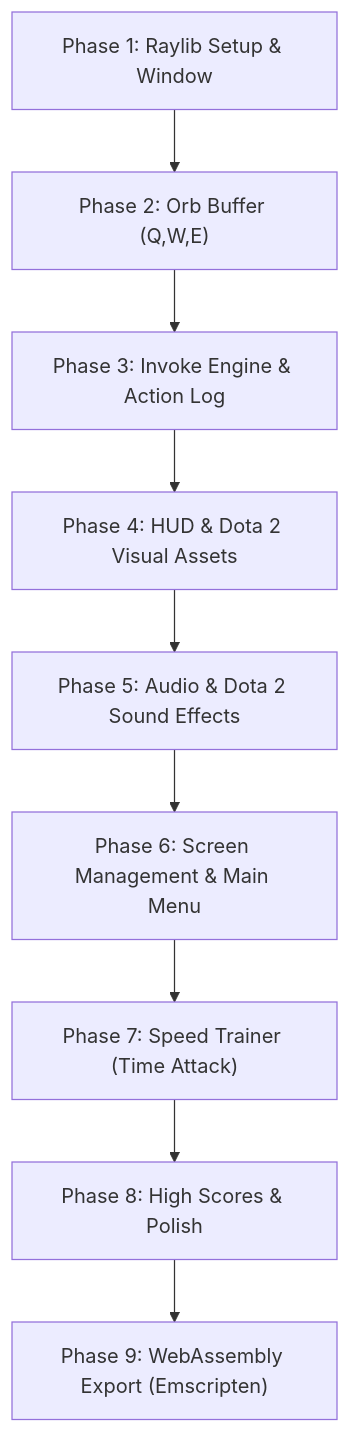
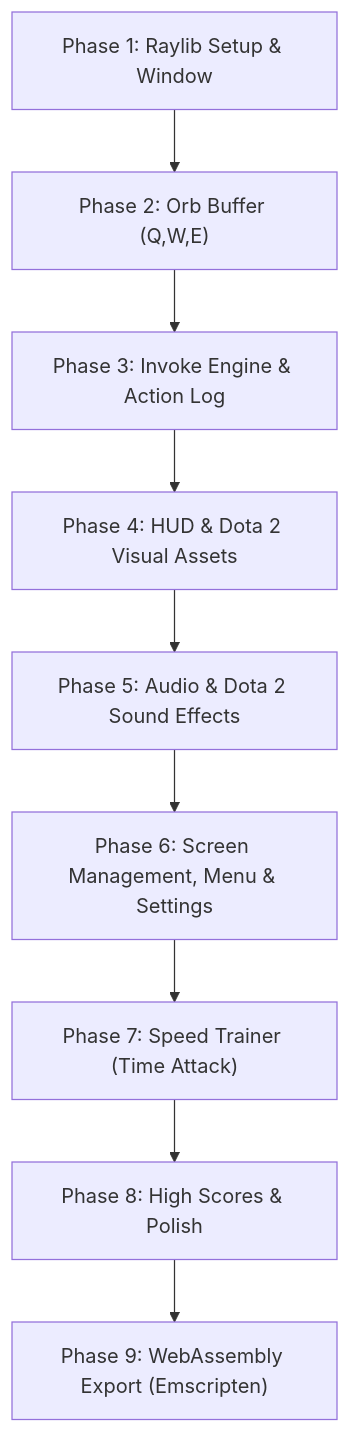
One commit to rasyidcode/invoker-game changed the diagram in ROADMAP.md. Above: the diagram before and after it, drawn with Mermaid. The commit also changed other lines of this file and 2 other files, not shown here.

Commit message:
refactor: update documentation for clarity and consistency in planning and roadmap files

````diff
--- a/ROADMAP.md
+++ b/ROADMAP.md
@@ -9,11 +9,11 @@
 ```mermaid
 flowchart TD
     M1["Phase 1: Raylib Setup & Window"] --> M2["Phase 2: Orb Buffer (Q,W,E)"]
     M2 --> M3["Phase 3: Invoke Engine & Action Log"]
     M3 --> M4["Phase 4: HUD & Dota 2 Visual Assets"]
     M4 --> M5["Phase 5: Audio & Dota 2 Sound Effects"]
-    M5 --> M6["Phase 6: Screen Management & Main Menu"]
+    M5 --> M6["Phase 6: Screen Management, Menu & Settings"]
     M6 --> M7["Phase 7: Speed Trainer (Time Attack)"]
     M7 --> M8["Phase 8: High Scores & Polish"]
     M8 --> M9["Phase 9: WebAssembly Export (Emscripten)"]
 ```
````
